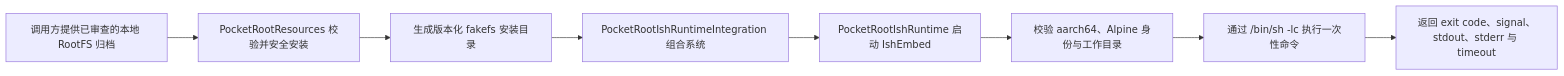
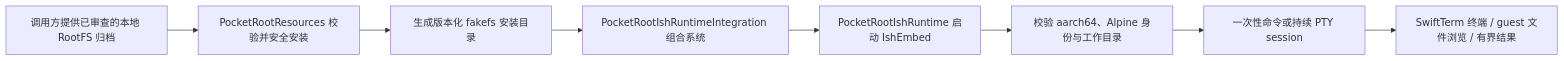
One commit to jacklv-coder/PocketRoot changed the diagram in README.md. Above: the diagram before and after it, drawn with Mermaid. The commit also changed other lines of this file and 62 other files, not shown here.

Commit message:
feat: add persistent PTY terminal and guest files

````diff
--- a/README.md
+++ b/README.md
@@ -32,10 +33,10 @@
 ```mermaid
 flowchart LR
     A["调用方提供已审查的本地 RootFS 归档"] --> B["PocketRootResources 校验并安全安装"]
     B --> C["生成版本化 fakefs 安装目录"]
     C --> D["PocketRootIshRuntimeIntegration 组合系统"]
     D --> E["PocketRootIshRuntime 启动 IshEmbed"]
     E --> F["校验 aarch64、Alpine 身份与工作目录"]
-    F --> G["通过 /bin/sh -lc 执行一次性命令"]
-    G --> H["返回 exit code、signal、stdout、stderr 与 timeout"]
+    F --> G["一次性命令或持续 PTY session"]
+    G --> H["SwiftTerm 终端 / guest 文件浏览 / 有界结果"]
 ```
````
